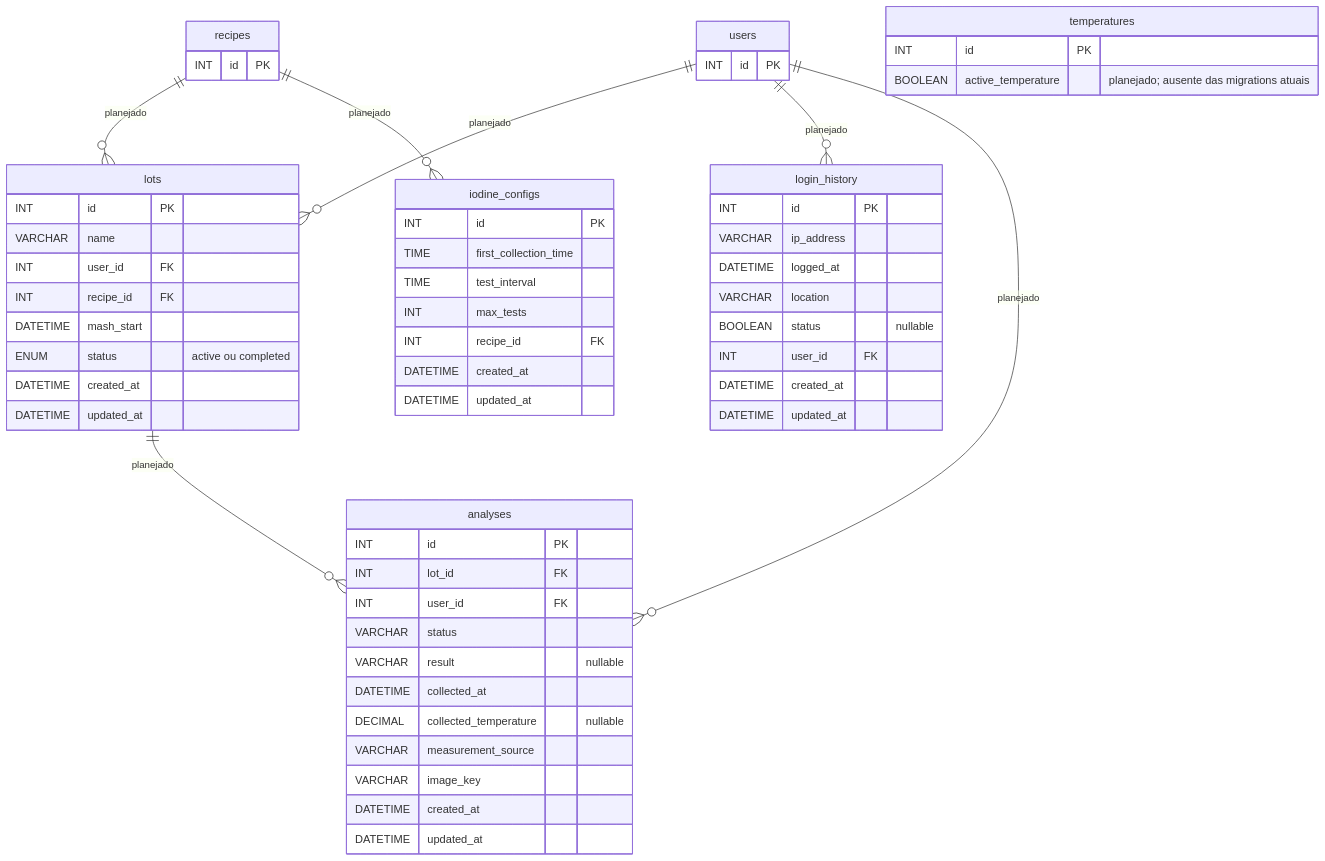
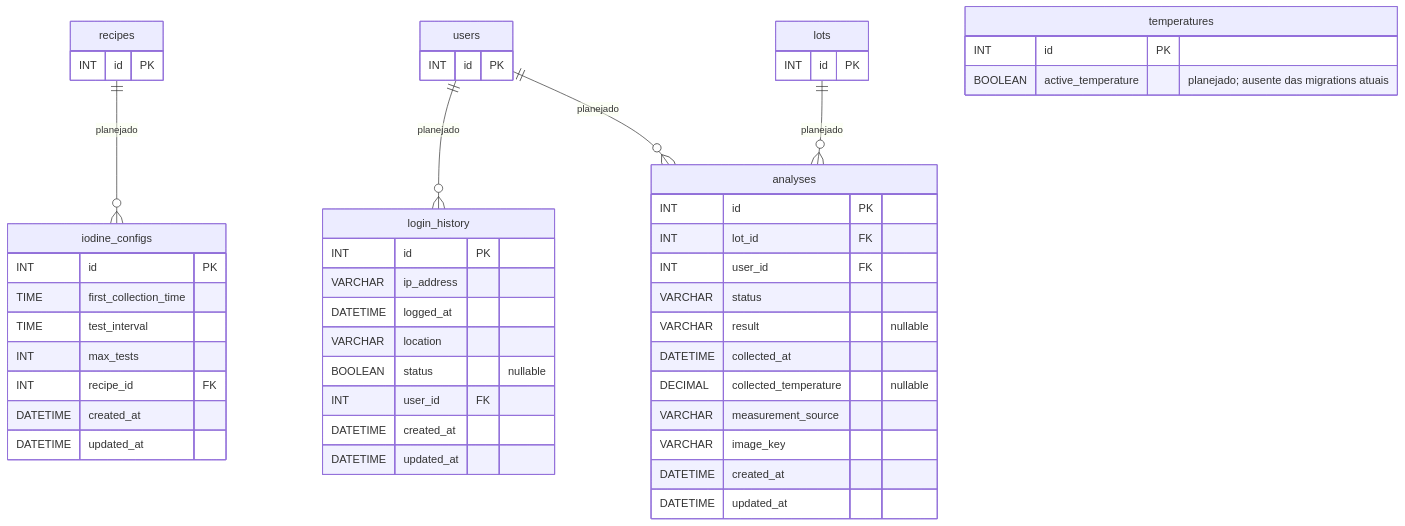
The diagram in diagrama_mer_planejado.mmd (conloq/database), drawn with Mermaid before and after one commit. The commit also changed 2 other files, not shown here.

Commit message:
docs: incluir a tabela lots no MER implementado (#87)
lots entra no diagrama implementado por decisao de 29/10/2026, antes da migration da #31 entrar na main do Back-End. Se a #31 nao entrar ate 03/11/2026, lots volta para o bloco planejado.

```diff
--- a/diagrama_mer_planejado.mmd
+++ b/diagrama_mer_planejado.mmd
@@ -1,62 +1,53 @@
 %% Estruturas planejadas; não criadas pelas migrations atuais da main do Back-End.
-%% users, recipes e temperatures aparecem como referências às tabelas do MER implementado.
+%% users, recipes, temperatures e lots aparecem como referências às tabelas do MER implementado.
 erDiagram
-    users ||--o{ lots : planejado
-    recipes ||--o{ lots : planejado
     recipes ||--o{ iodine_configs : planejado
     users ||--o{ login_history : planejado
     lots ||--o{ analyses : planejado
     users ||--o{ analyses : planejado
 
     users {
         INT id PK
     }
     recipes {
         INT id PK
     }
     temperatures {
         INT id PK
         BOOLEAN active_temperature "planejado; ausente das migrations atuais"
     }
     lots {
         INT id PK
-        VARCHAR name
-        INT user_id FK
-        INT recipe_id FK
-        DATETIME mash_start
-        ENUM status "active ou completed"
-        DATETIME created_at
-        DATETIME updated_at
     }
     analyses {
         INT id PK
         INT lot_id FK
         INT user_id FK
         VARCHAR status
         VARCHAR result "nullable"
         DATETIME collected_at
         DECIMAL collected_temperature "nullable"
         VARCHAR measurement_source
         VARCHAR image_key
         DATETIME created_at
         DATETIME updated_at
     }
     iodine_configs {
         INT id PK
         TIME first_collection_time
         TIME test_interval
         INT max_tests
         INT recipe_id FK
         DATETIME created_at
         DATETIME updated_at
     }
     login_history {
         INT id PK
         VARCHAR ip_address
         DATETIME logged_at
         VARCHAR location
         BOOLEAN status "nullable"
         INT user_id FK
         DATETIME created_at
         DATETIME updated_at
     }
```
